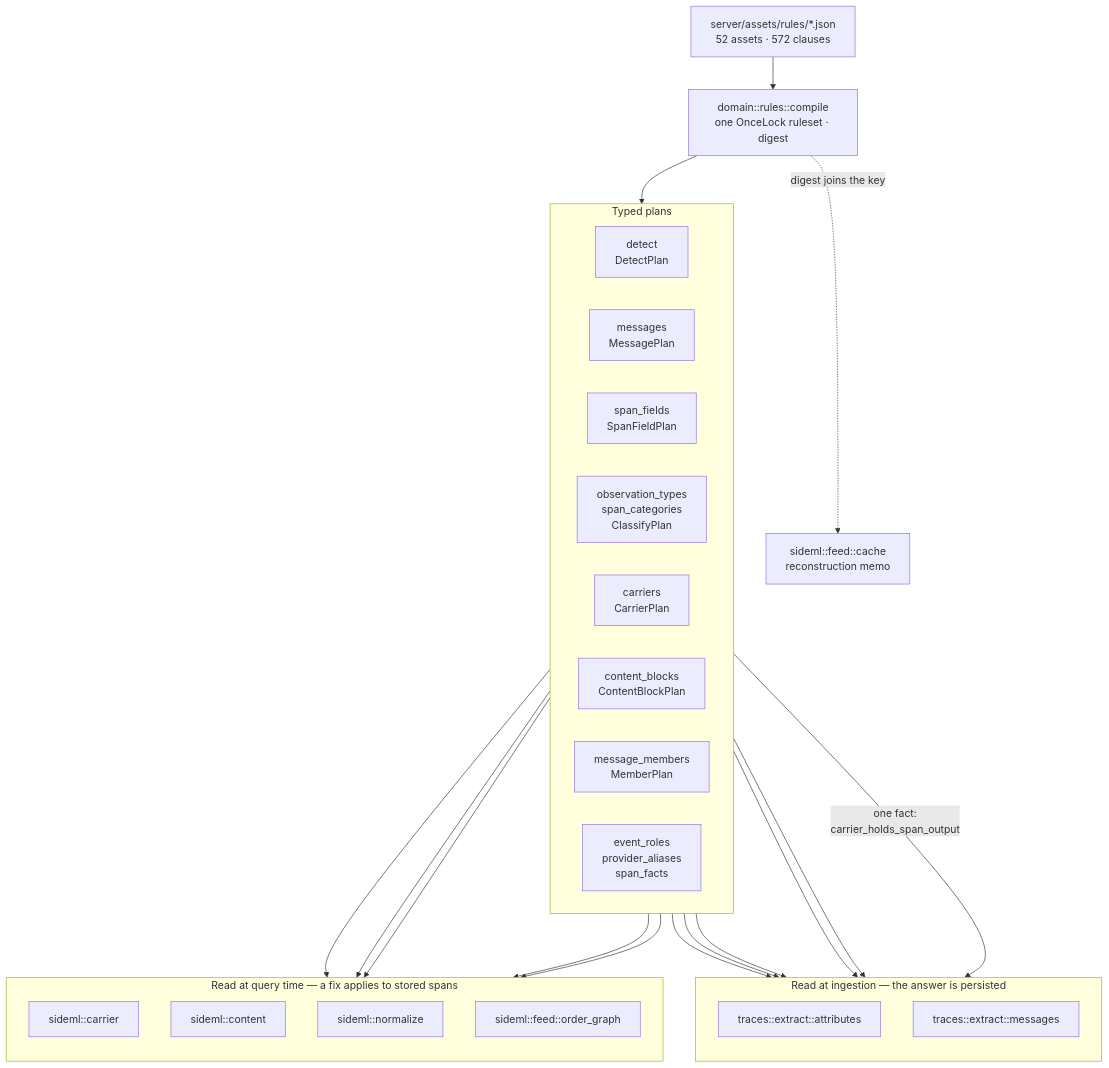
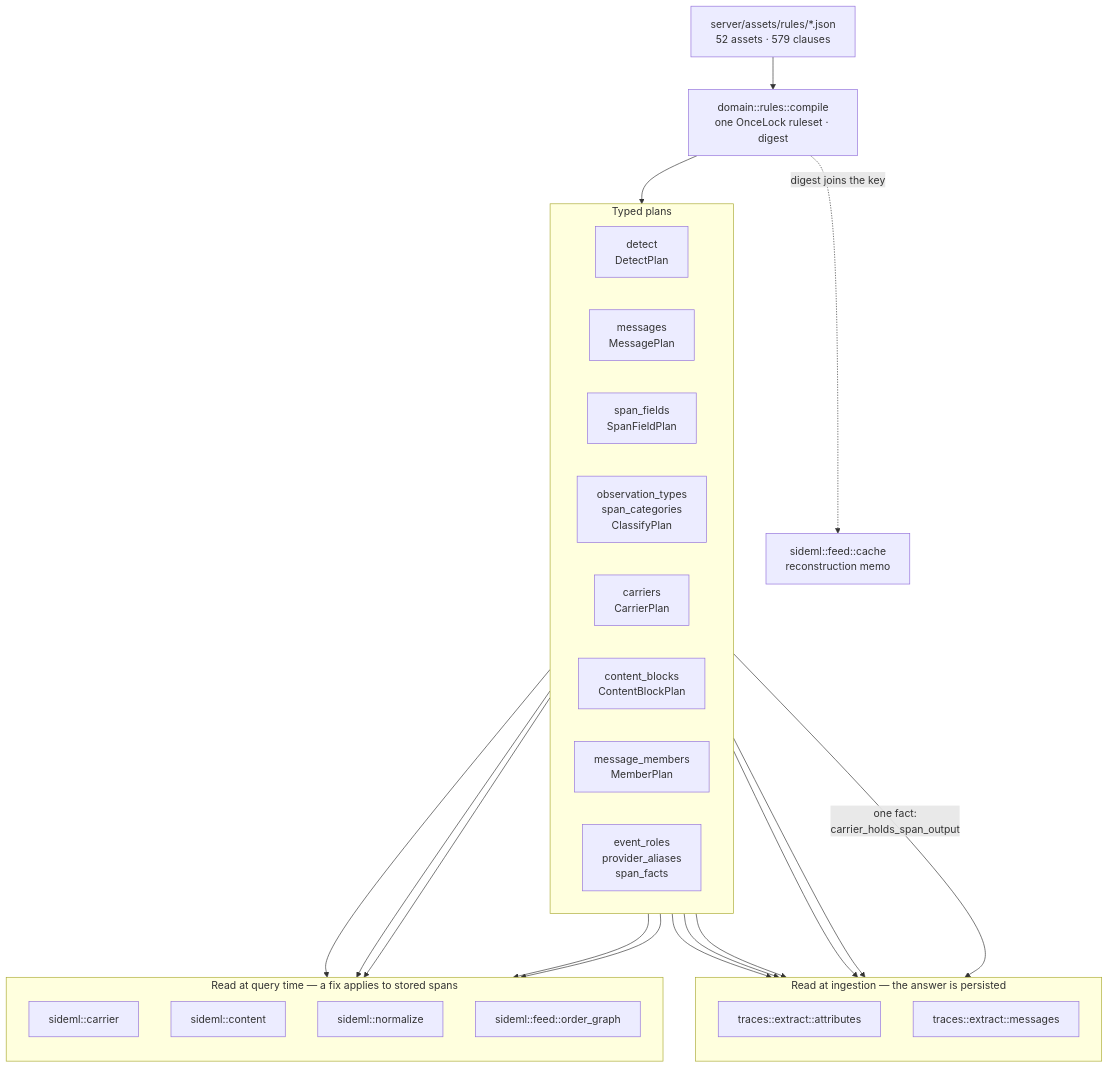
One commit to sideseat/sideseat changed the first of 7 diagrams in docs/engineering/architecture-diagrams.md. Above: the diagram before and after it, drawn with Mermaid. The commit also changed 82 other files, not shown here.

````diff
--- a/docs/engineering/architecture-diagrams.md
+++ b/docs/engineering/architecture-diagrams.md
@@ -18,47 +18,47 @@
 ```mermaid
 flowchart TB
-    assets["server/assets/rules/*.json<br/>52 assets · 572 clauses"]
+    assets["server/assets/rules/*.json<br/>52 assets · 579 clauses"]
     compile["domain::rules::compile<br/>one OnceLock ruleset · digest"]
     assets --> compile
 
     subgraph plans["Typed plans"]
         direction LR
         detect["detect<br/>DetectPlan"]
         messages["messages<br/>MessagePlan"]
         fields["span_fields<br/>SpanFieldPlan"]
         classify["observation_types<br/>span_categories<br/>ClassifyPlan"]
         carriers["carriers<br/>CarrierPlan"]
         blocks["content_blocks<br/>ContentBlockPlan"]
         members["message_members<br/>MemberPlan"]
         roles["event_roles<br/>provider_aliases<br/>span_facts"]
     end
     compile --> plans
 
     subgraph ingest["Read at ingestion — the answer is persisted"]
         direction TB
         attrs["traces::extract::attributes"]
         msgs["traces::extract::messages"]
     end
 
     subgraph query["Read at query time — a fix applies to stored spans"]
         direction TB
         carrier["sideml::carrier"]
         content["sideml::content"]
         normalize["sideml::normalize"]
         order["sideml::feed::order_graph"]
     end
 
     detect --> attrs
     fields --> attrs
     classify --> attrs
     roles --> attrs
     messages --> msgs
     carriers -->|"one fact:<br/>carrier_holds_span_output"| msgs
     carriers --> carrier
     carriers --> order
     blocks --> content
     members --> content
     roles --> normalize
 
     compile -. "digest joins the key" .-> cache["sideml::feed::cache<br/>reconstruction memo"]
 ```
````
